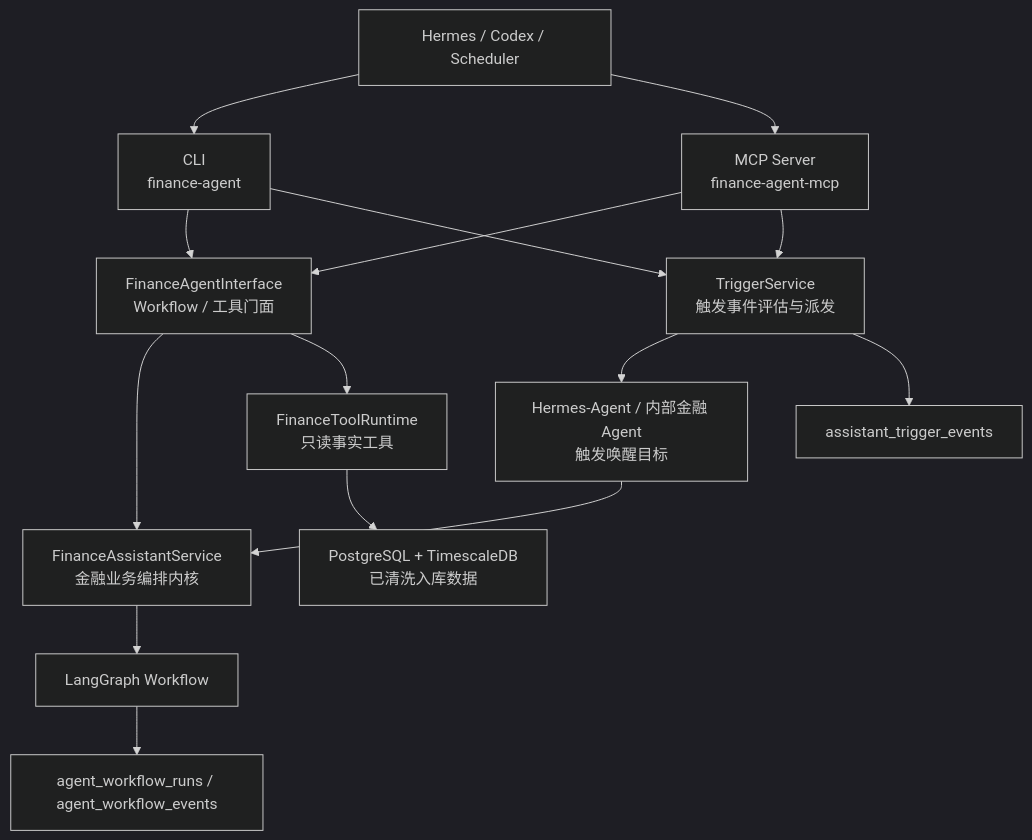
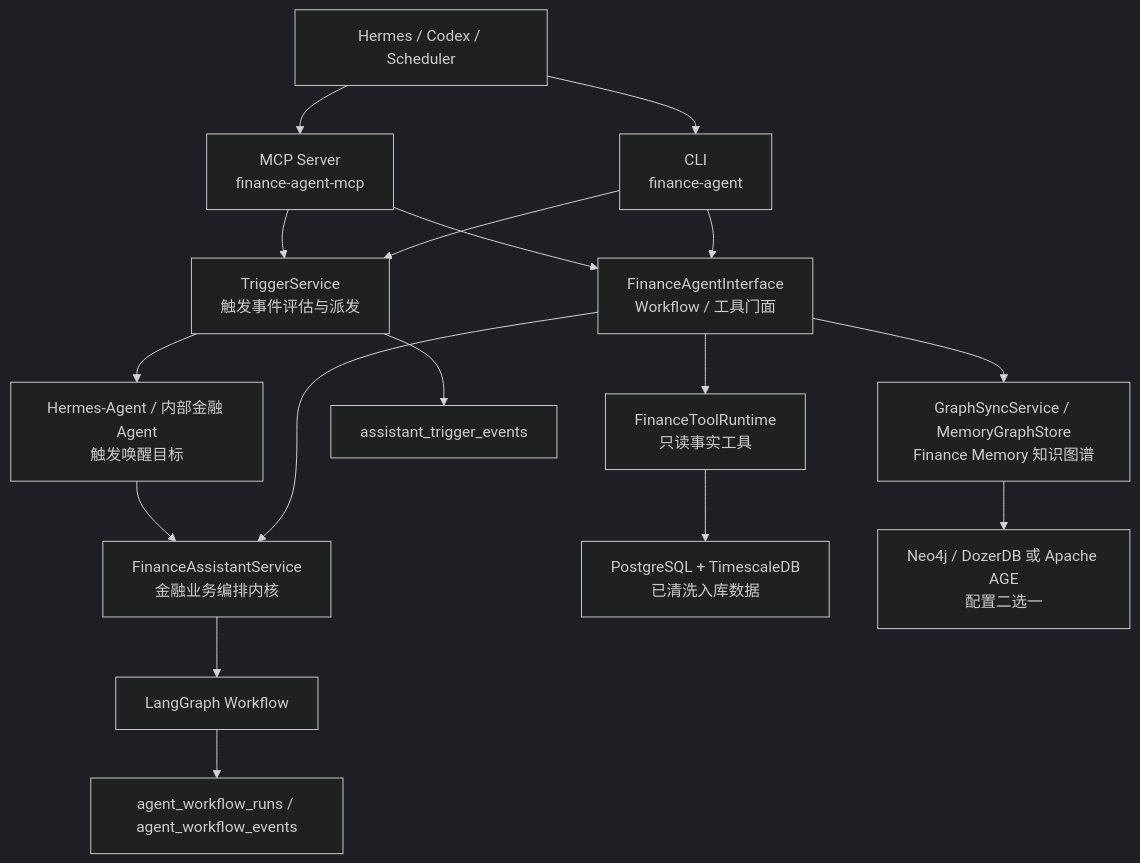
One commit to 312308542/finance-agent changed the diagram in docs/CLI与MCP工具入口.md. Above: the diagram before and after it, drawn with Mermaid (dark theme). The commit also changed other lines of this file and 16 other files, not shown here.

First line of the commit message:
docs(知识图谱): 更新后端方案和进度记录

````diff
--- a/docs/CLI与MCP工具入口.md
+++ b/docs/CLI与MCP工具入口.md
@@ -7,17 +7,19 @@
 ```mermaid
 flowchart TD
     H["Hermes / Codex / Scheduler"] --> CLI["CLI\nfinance-agent"]
     H --> MCP["MCP Server\nfinance-agent-mcp"]
     CLI --> IF["FinanceAgentInterface\nWorkflow / 工具门面"]
     MCP --> IF
     CLI --> TS["TriggerService\n触发事件评估与派发"]
     MCP --> TS
     IF --> FAS["FinanceAssistantService\n金融业务编排内核"]
     IF --> TR["FinanceToolRuntime\n只读事实工具"]
     TS --> AG["Hermes-Agent / 内部金融 Agent\n触发唤醒目标"]
     AG --> FAS
     TS --> EVT["assistant_trigger_events"]
     FAS --> WF["LangGraph Workflow"]
     TR --> DB["PostgreSQL + TimescaleDB\n已清洗入库数据"]
+    IF --> GS["GraphSyncService / MemoryGraphStore\nFinance Memory 知识图谱"]
+    GS --> GDB["Neo4j / DozerDB 或 Apache AGE\n配置二选一"]
     WF --> LOG["agent_workflow_runs / agent_workflow_events"]
 ```
````
